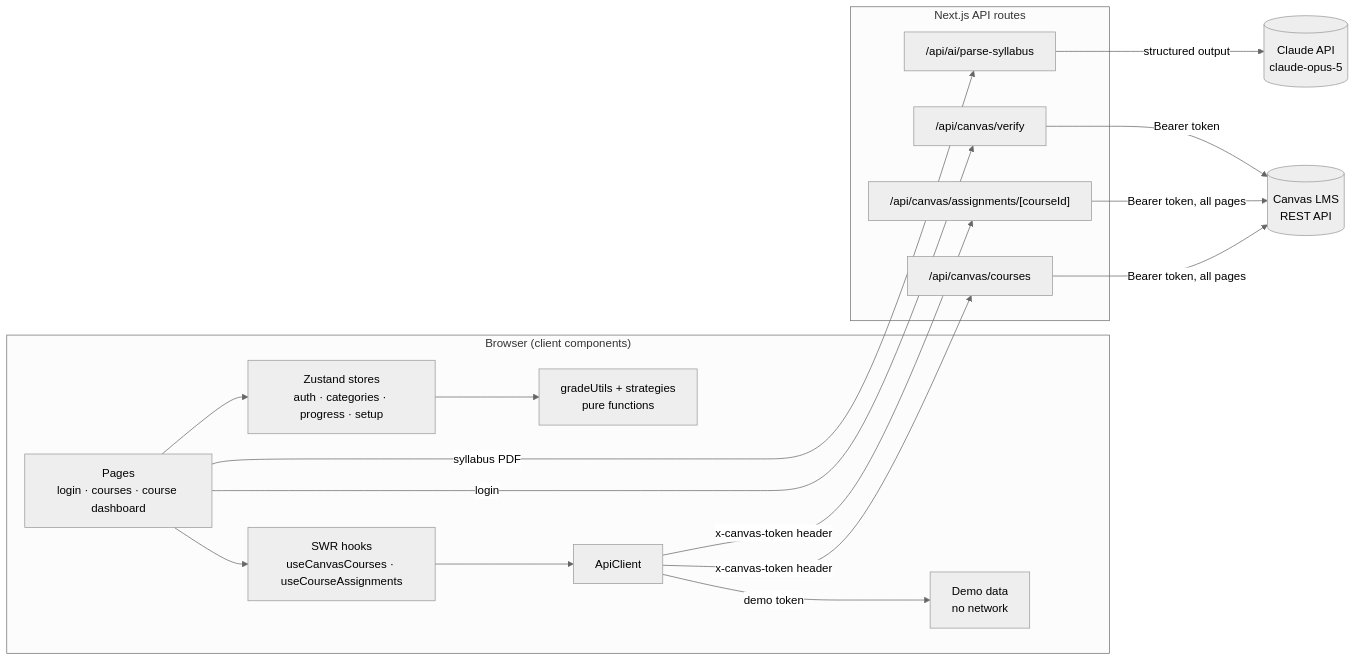
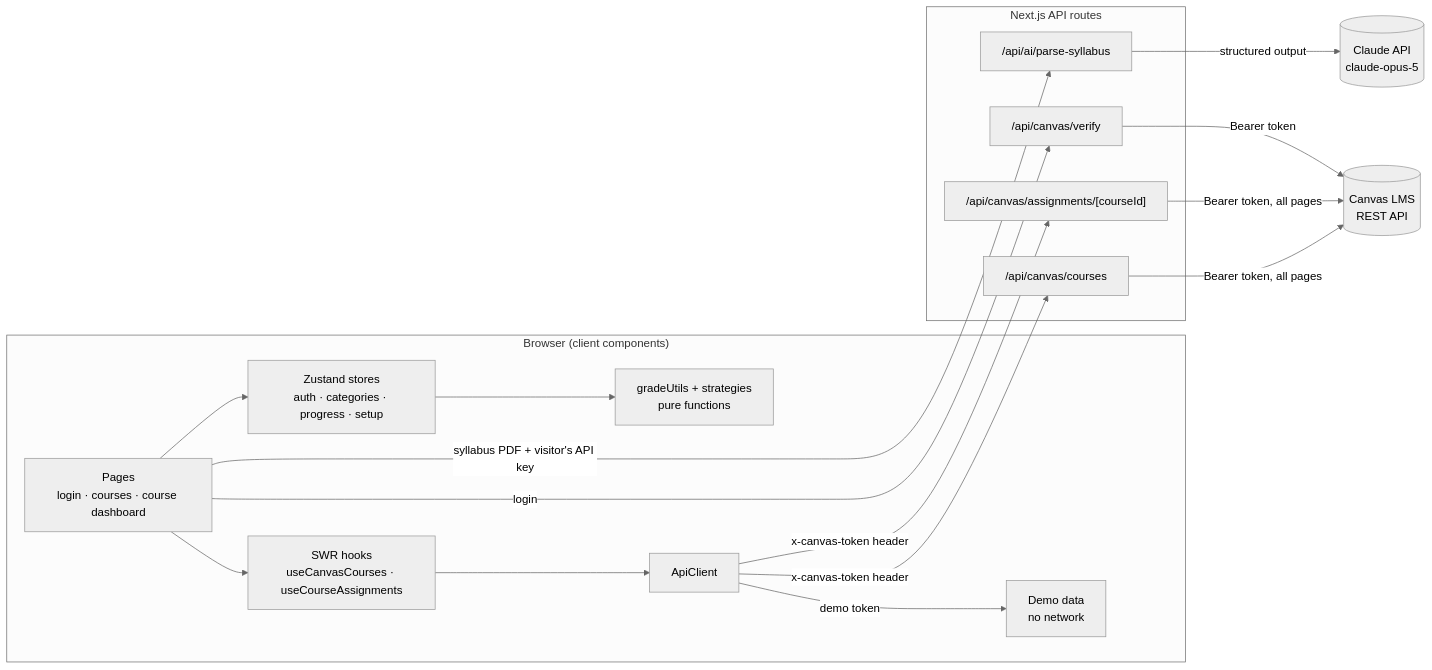
One commit to youngh82/HackUmass-XIII changed the first of 2 diagrams in README.md. Above: the diagram before and after it, drawn with Mermaid (neutral theme). The commit also changed other lines of this file and 8 other files, not shown here.

First line of the commit message:
feat(syllabus): use each visitor's own Claude API key

````diff
--- a/README.md
+++ b/README.md
@@ -48,33 +48,33 @@
 ```mermaid
 flowchart LR
   subgraph Browser["Browser (client components)"]
     UI["Pages<br/>login · courses · course dashboard"]
     SWR["SWR hooks<br/>useCanvasCourses · useCourseAssignments"]
     Client["ApiClient"]
     Demo["Demo data<br/>no network"]
     Stores["Zustand stores<br/>auth · categories · progress · setup"]
     Calc["gradeUtils + strategies<br/>pure functions"]
   end
 
   subgraph Server["Next.js API routes"]
     Verify["/api/canvas/verify"]
     Courses["/api/canvas/courses"]
     Assign["/api/canvas/assignments/[courseId]"]
     Parse["/api/ai/parse-syllabus"]
   end
 
   Canvas[("Canvas LMS<br/>REST API")]
   Claude[("Claude API<br/>claude-opus-5")]
 
   UI --> SWR --> Client
   Client -- "demo token" --> Demo
   Client -- "x-canvas-token header" --> Courses
   Client -- "x-canvas-token header" --> Assign
   UI -- "login" --> Verify
-  UI -- "syllabus PDF" --> Parse
+  UI -- "syllabus PDF + visitor's API key" --> Parse
   UI --> Stores --> Calc
   Verify -- "Bearer token" --> Canvas
   Courses -- "Bearer token, all pages" --> Canvas
   Assign -- "Bearer token, all pages" --> Canvas
   Parse -- "structured output" --> Claude
 ```
````
